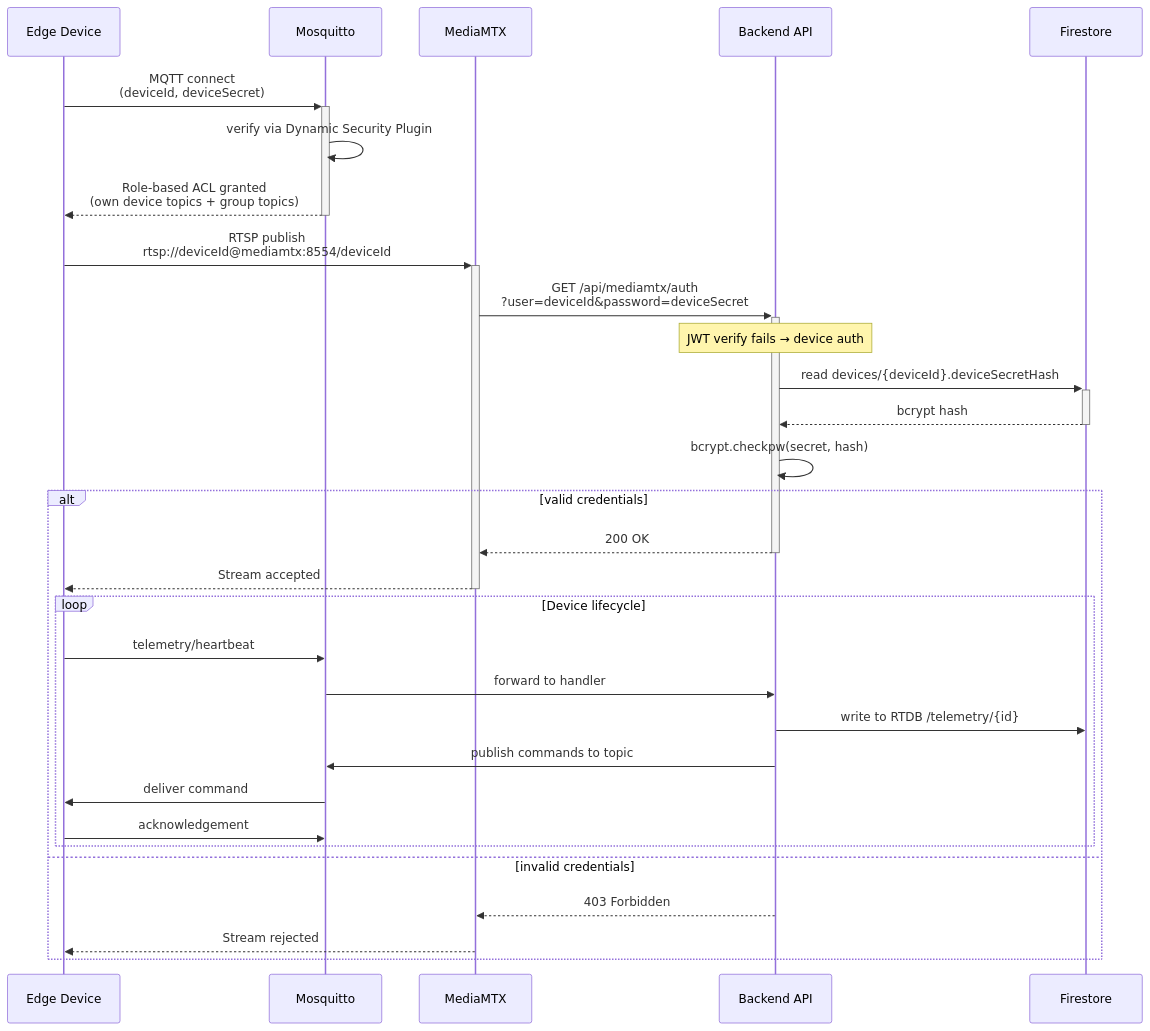
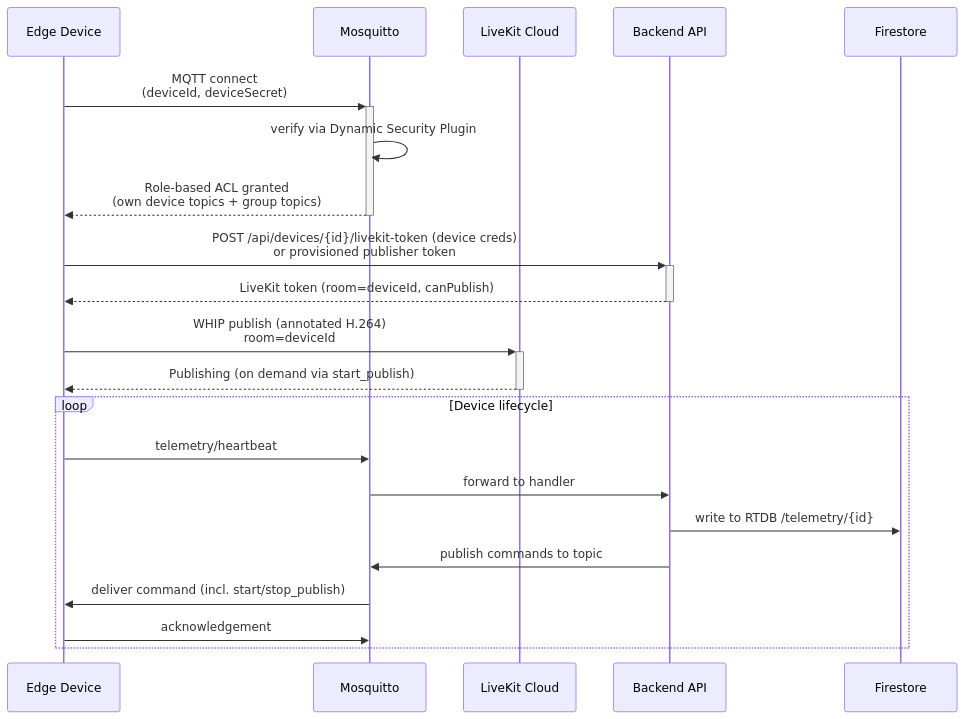
Before and after one commit to vclane/vclane-docs: the second of 2 diagrams in docs/server-integration.md, drawn with Mermaid. The commit also changed other lines of this file and 9 other files, not shown here.

Commit message:
docs: LiveKit Cloud for live video with RTSP kept for backward compat (2.11.0)

````diff
--- a/docs/server-integration.md
+++ b/docs/server-integration.md
@@ -164,37 +153,27 @@
 ```mermaid
 sequenceDiagram
     participant Edge as Edge Device
     participant MQTT as Mosquitto
-    participant MTX as MediaMTX
+    participant LK as LiveKit Cloud
     participant API as Backend API
     participant DB as Firestore
 
     Edge->>+MQTT: MQTT connect<br/>(deviceId, deviceSecret)
     MQTT->>MQTT: verify via Dynamic Security Plugin
     MQTT-->>-Edge: Role-based ACL granted<br/>(own device topics + group topics)
 
-    Edge->>+MTX: RTSP publish<br/>rtsp://deviceId@mediamtx:8554/deviceId
-    MTX->>+API: GET /api/mediamtx/auth<br/>?user=deviceId&password=deviceSecret
-    Note over API: JWT verify fails → device auth
+    Edge->>+API: POST /api/devices/{id}/livekit-token (device creds)<br/>or provisioned publisher token
+    API-->>-Edge: LiveKit token (room=deviceId, canPublish)
 
-    API->>+DB: read devices/{deviceId}.deviceSecretHash
-    DB-->>-API: bcrypt hash
-    API->>API: bcrypt.checkpw(secret, hash)
+    Edge->>+LK: WHIP publish (annotated H.264)<br/>room=deviceId
+    LK-->>-Edge: Publishing (on demand via start_publish)
 
-    alt valid credentials
-        API-->>-MTX: 200 OK
-        MTX-->>-Edge: Stream accepted
-
-        loop Device lifecycle
-            Edge->>MQTT: telemetry/heartbeat
-            MQTT->>API: forward to handler
-            API->>DB: write to RTDB /telemetry/{id}
-            API->>MQTT: publish commands to topic
-            MQTT->>Edge: deliver command
-            Edge->>MQTT: acknowledgement
-        end
-    else invalid credentials
-        API-->>MTX: 403 Forbidden
-        MTX-->>Edge: Stream rejected
+    loop Device lifecycle
+        Edge->>MQTT: telemetry/heartbeat
+        MQTT->>API: forward to handler
+        API->>DB: write to RTDB /telemetry/{id}
+        API->>MQTT: publish commands to topic
+        MQTT->>Edge: deliver command (incl. start/stop_publish)
+        Edge->>MQTT: acknowledgement
     end
 ```
````
